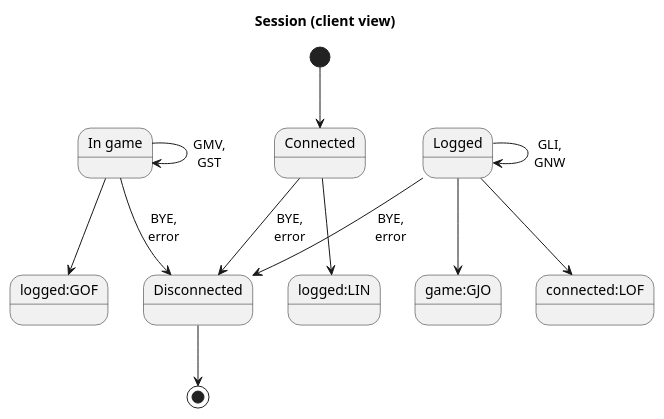
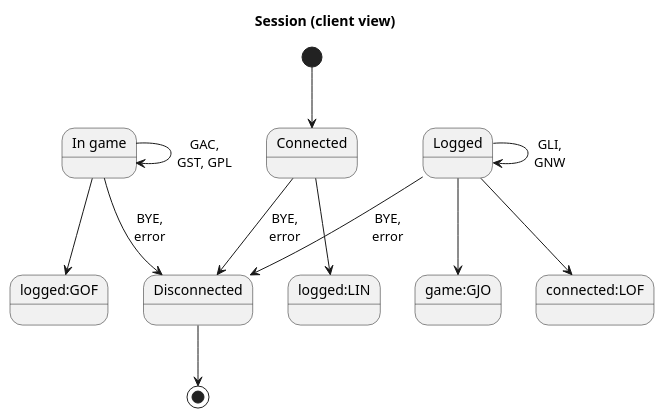
One commit to Hartrik/KIV-UPS changed the diagram in doc/state-diagram.puml. Above: the diagram before and after it, drawn with PlantUML. The commit also changed 7 other files, not shown here.

```diff
--- a/doc/state-diagram.puml
+++ b/doc/state-diagram.puml
@@ -1,23 +1,23 @@
 @startuml
 title Session (client view)
 
 [*] --> connected
 
 state "Connected" as connected
 connected --> logged:LIN
 connected --> not_connected:BYE,\nerror
 
 state "Logged" as logged
 logged --> not_connected:BYE,\nerror
 logged --> game:GJO
 logged --> logged:GLI,\nGNW
 logged --> connected:LOF
 
 state "In game" as game
 game --> not_connected:BYE,\nerror
 game --> logged:GOF
-game --> game:GMV,\nGST
+game --> game:GAC,\nGST, GPL
 
 state "Disconnected" as not_connected
 not_connected --> [*]
 @enduml
```
